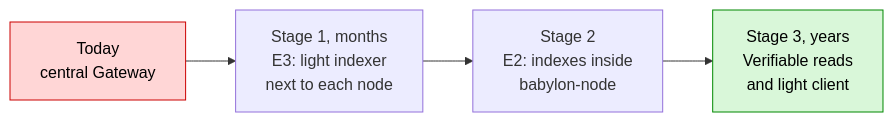
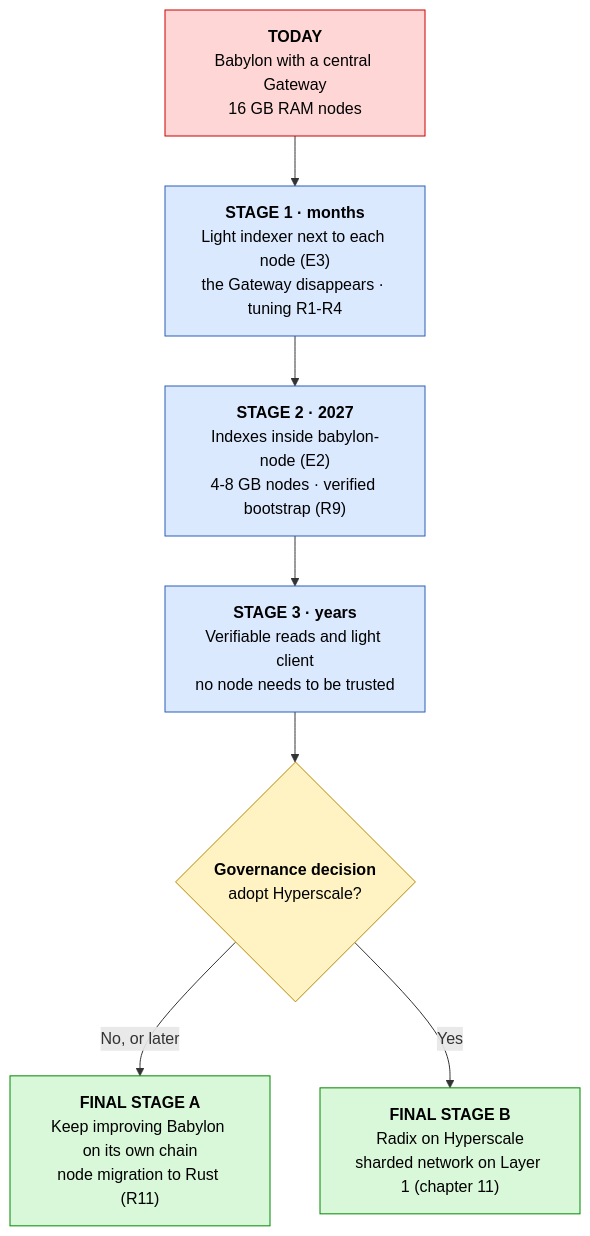
Before and after one commit to dazligth/radix-decentralization-roadmap: the seventh of 7 diagrams in docs/en/06-recommended-solution.md, drawn with Mermaid. The commit also changed 5 other files, not shown here.

Commit message:
Clearer stages diagram and new Hyperscale final-stage compatibility diagram

````diff
--- a/docs/en/06-recommended-solution.md
+++ b/docs/en/06-recommended-solution.md
@@ -277,10 +277,21 @@
 ```mermaid
-flowchart LR
-    H["Today<br/>central Gateway"] --> S1["Stage 1, months<br/>E3: light indexer<br/>next to each node"]
-    S1 --> S2["Stage 2<br/>E2: indexes inside<br/>babylon-node"]
-    S2 --> S3["Stage 3, years<br/>Verifiable reads<br/>and light client"]
-    classDef bad fill:#ffd6d6,stroke:#c00,color:#000
-    classDef good fill:#d9f7d9,stroke:#080,color:#000
-    class H bad
-    class S3 good
+flowchart TB
+    S0["<b>TODAY</b><br/>Babylon with a central Gateway<br/>16 GB RAM nodes"]
+    S1["<b>STAGE 1 · months</b><br/>Light indexer next to each node (E3)<br/>the Gateway disappears · tuning R1-R4"]
+    S2["<b>STAGE 2 · 2027</b><br/>Indexes inside babylon-node (E2)<br/>4-8 GB nodes · verified bootstrap (R9)"]
+    S3["<b>STAGE 3 · years</b><br/>Verifiable reads and light client<br/>no node needs to be trusted"]
+    D{"<b>Governance decision</b><br/>adopt Hyperscale?"}
+    FA["<b>FINAL STAGE A</b><br/>Keep improving Babylon on its own chain<br/>node migration to Rust (R11)"]
+    FB["<b>FINAL STAGE B</b><br/>Radix on Hyperscale<br/>sharded network on Layer 1 (chapter 11)"]
+    S0 --> S1 --> S2 --> S3 --> D
+    D -->|No, or later| FA
+    D -->|Yes| FB
+    classDef today fill:#ffd6d6,stroke:#c00,color:#000
+    classDef step fill:#dbe9ff,stroke:#2b5fb4,color:#000
+    classDef decision fill:#fff3c4,stroke:#b58900,color:#000
+    classDef final fill:#d9f7d9,stroke:#080,color:#000
+    class S0 today
+    class S1,S2,S3 step
+    class D decision
+    class FA,FB final
 ```
````
